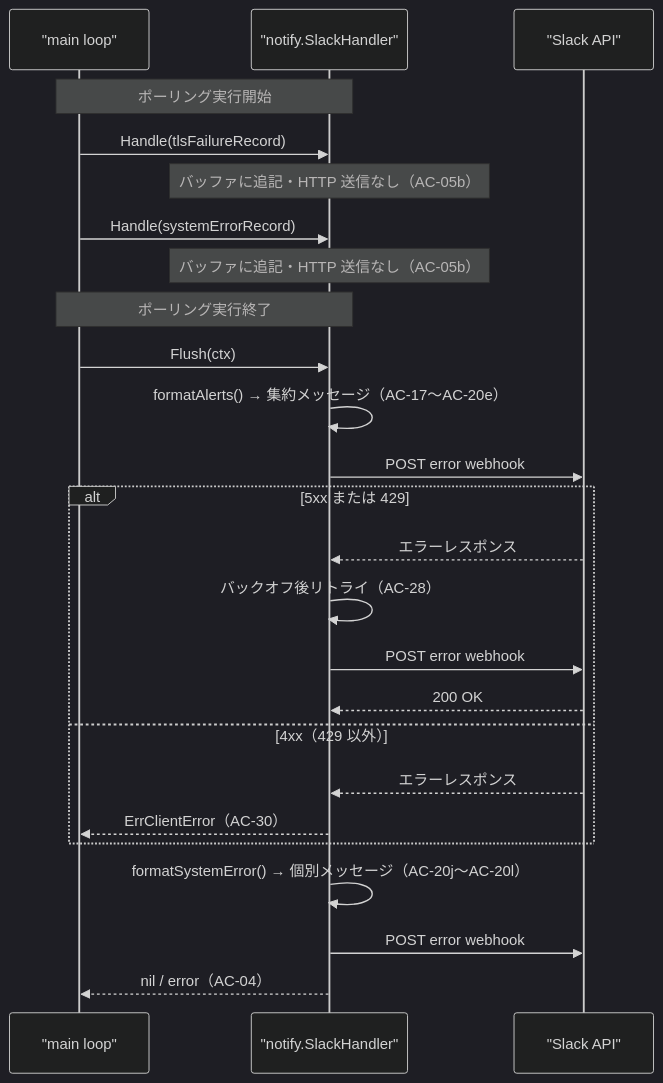
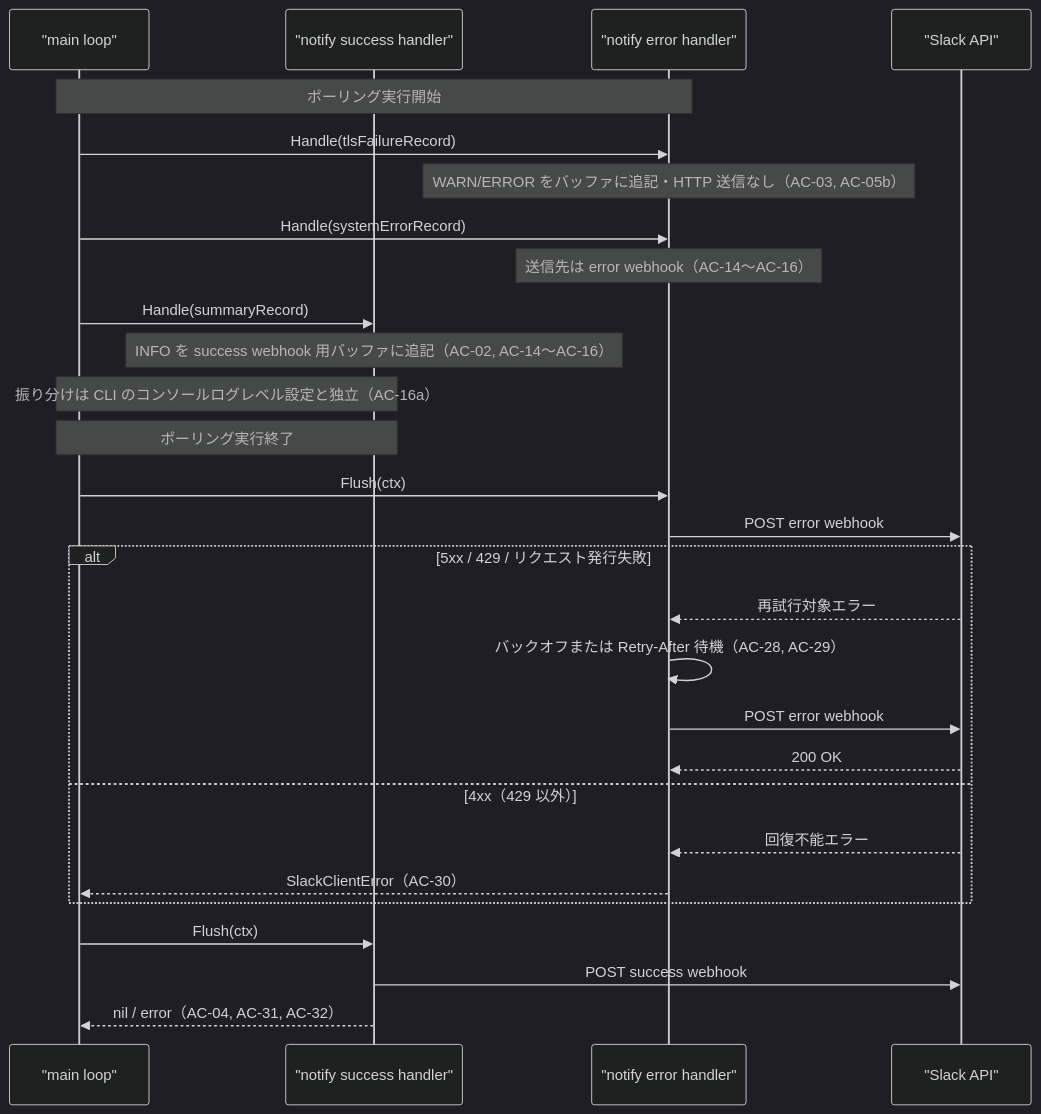
One commit to isseis/tlsrpt-digest changed the seventh of 11 diagrams in docs/tasks/0030_slack_notify/02_architecture.md. Above: the diagram before and after it, drawn with Mermaid (dark theme). The commit also changed other lines of this file, not shown here.

First line of the commit message:
docs(0030): refine architecture design based on review

````diff
--- a/docs/tasks/0030_slack_notify/02_architecture.md
+++ b/docs/tasks/0030_slack_notify/02_architecture.md
@@ -161,29 +178,32 @@
 ```mermaid
 sequenceDiagram
     participant L as "main loop"
-    participant H as "notify.SlackHandler"
+    participant HS as "notify success handler"
+    participant HE as "notify error handler"
     participant S as "Slack API"
 
-    Note over L,H: ポーリング実行開始
-    L->>H: Handle(tlsFailureRecord)
-    Note over H: バッファに追記・HTTP 送信なし（AC-05b）
-    L->>H: Handle(systemErrorRecord)
-    Note over H: バッファに追記・HTTP 送信なし（AC-05b）
+    Note over L,HE: ポーリング実行開始
+    L->>HE: Handle(tlsFailureRecord)
+    Note over HE: WARN/ERROR をバッファに追記・HTTP 送信なし（AC-03, AC-05b）
+    L->>HE: Handle(systemErrorRecord)
+    Note over HE: 送信先は error webhook（AC-14〜AC-16）
+    L->>HS: Handle(summaryRecord)
+    Note over HS: INFO を success webhook 用バッファに追記（AC-02, AC-14〜AC-16）
+    Note over L,HS: 振り分けは CLI のコンソールログレベル設定と独立（AC-16a）
 
-    Note over L,H: ポーリング実行終了
-    L->>H: Flush(ctx)
-    H->>H: formatAlerts() → 集約メッセージ（AC-17〜AC-20e）
-    H->>S: POST error webhook
-    alt 5xx または 429
-        S-->>H: エラーレスポンス
-        H->>H: バックオフ後リトライ（AC-28）
-        H->>S: POST error webhook
-        S-->>H: 200 OK
+    Note over L,HS: ポーリング実行終了
+    L->>HE: Flush(ctx)
+    HE->>S: POST error webhook
+    alt 5xx / 429 / リクエスト発行失敗
+        S-->>HE: 再試行対象エラー
+        HE->>HE: バックオフまたは Retry-After 待機（AC-28, AC-29）
+        HE->>S: POST error webhook
+        S-->>HE: 200 OK
     else 4xx（429 以外）
-        S-->>H: エラーレスポンス
-        H-->>L: ErrClientError（AC-30）
+        S-->>HE: 回復不能エラー
+        HE-->>L: SlackClientError（AC-30）
     end
-    H->>H: formatSystemError() → 個別メッセージ（AC-20j〜AC-20l）
-    H->>S: POST error webhook
-    H-->>L: nil / error（AC-04）
+    L->>HS: Flush(ctx)
+    HS->>S: POST success webhook
+    HS-->>L: nil / error（AC-04, AC-31, AC-32）
 ```
````
